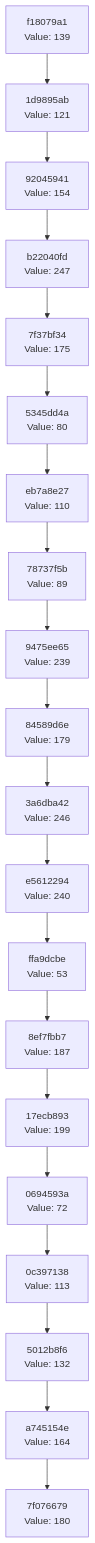
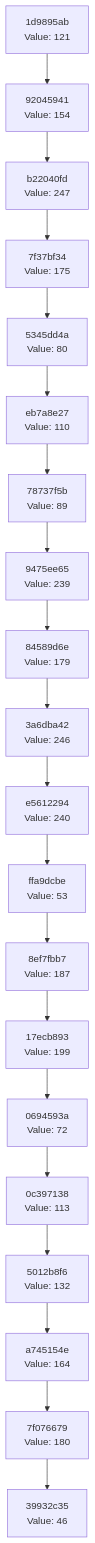
Before and after one commit to Abhisheksinha1506/hash-chain-evolver: the diagram in docs/CHAIN_VISUALIZATION.md, drawn with Mermaid. The commit also changed 3 other files, not shown here.

````diff
--- a/docs/CHAIN_VISUALIZATION.md
+++ b/docs/CHAIN_VISUALIZATION.md
@@ -3,42 +3,42 @@
 ```mermaid
 graph TD
-    C0["7f076679<br/>Value: 180"]
-    C1["a745154e<br/>Value: 164"]
+    C0["39932c35<br/>Value: 46"]
+    C1["7f076679<br/>Value: 180"]
     C1 --> C0
-    C2["5012b8f6<br/>Value: 132"]
+    C2["a745154e<br/>Value: 164"]
     C2 --> C1
-    C3["0c397138<br/>Value: 113"]
+    C3["5012b8f6<br/>Value: 132"]
     C3 --> C2
-    C4["0694593a<br/>Value: 72"]
+    C4["0c397138<br/>Value: 113"]
     C4 --> C3
-    C5["17ecb893<br/>Value: 199"]
+    C5["0694593a<br/>Value: 72"]
     C5 --> C4
-    C6["8ef7fbb7<br/>Value: 187"]
+    C6["17ecb893<br/>Value: 199"]
     C6 --> C5
-    C7["ffa9dcbe<br/>Value: 53"]
+    C7["8ef7fbb7<br/>Value: 187"]
     C7 --> C6
-    C8["e5612294<br/>Value: 240"]
+    C8["ffa9dcbe<br/>Value: 53"]
     C8 --> C7
-    C9["3a6dba42<br/>Value: 246"]
+    C9["e5612294<br/>Value: 240"]
     C9 --> C8
-    C10["84589d6e<br/>Value: 179"]
+    C10["3a6dba42<br/>Value: 246"]
     C10 --> C9
-    C11["9475ee65<br/>Value: 239"]
+    C11["84589d6e<br/>Value: 179"]
     C11 --> C10
-    C12["78737f5b<br/>Value: 89"]
+    C12["9475ee65<br/>Value: 239"]
     C12 --> C11
-    C13["eb7a8e27<br/>Value: 110"]
+    C13["78737f5b<br/>Value: 89"]
     C13 --> C12
-    C14["5345dd4a<br/>Value: 80"]
+    C14["eb7a8e27<br/>Value: 110"]
     C14 --> C13
-    C15["7f37bf34<br/>Value: 175"]
+    C15["5345dd4a<br/>Value: 80"]
     C15 --> C14
-    C16["b22040fd<br/>Value: 247"]
+    C16["7f37bf34<br/>Value: 175"]
     C16 --> C15
-    C17["92045941<br/>Value: 154"]
+    C17["b22040fd<br/>Value: 247"]
     C17 --> C16
-    C18["1d9895ab<br/>Value: 121"]
+    C18["92045941<br/>Value: 154"]
     C18 --> C17
-    C19["f18079a1<br/>Value: 139"]
+    C19["1d9895ab<br/>Value: 121"]
     C19 --> C18
 ```
````
